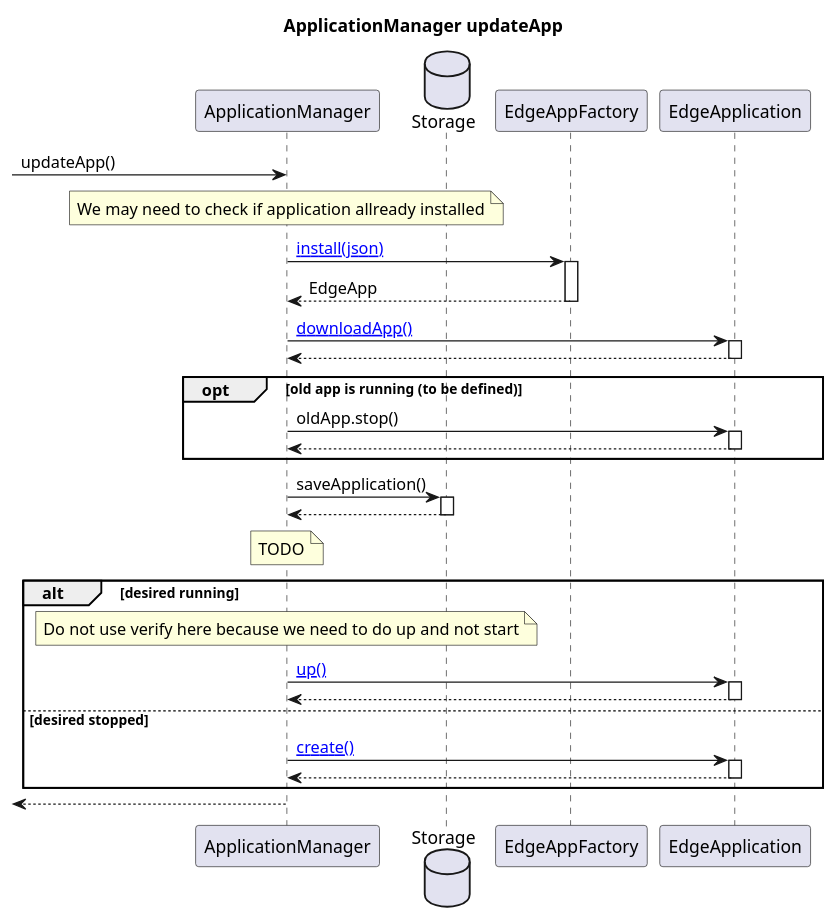
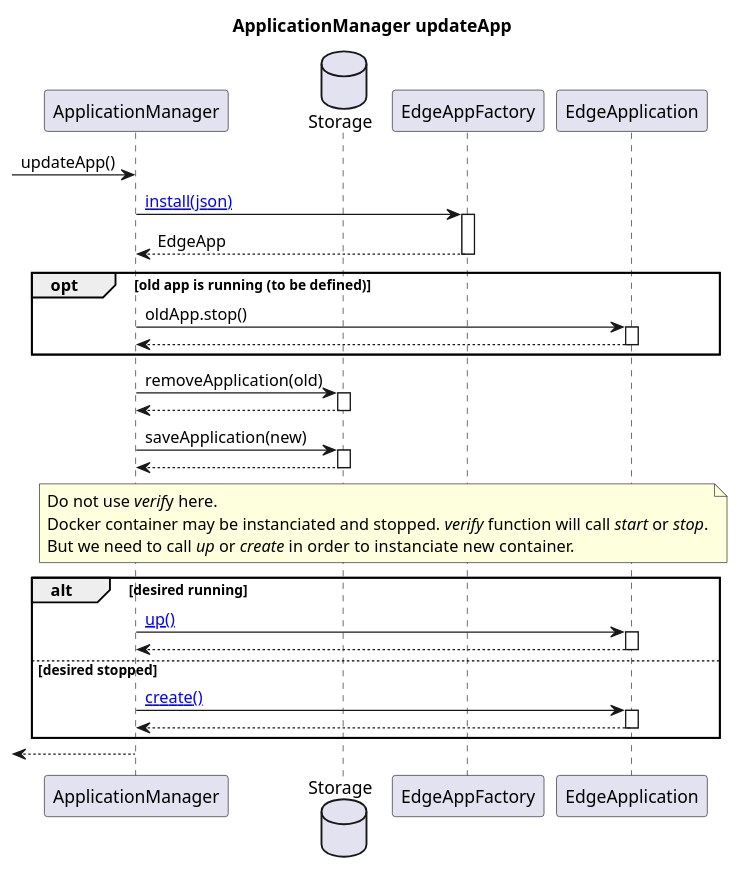
Before and after one commit to se-edge/framework-diagrams: the diagram in ApplicationManager/updateApp.puml, drawn with PlantUML. The commit also changed 7 other files, not shown here.

Commit message:
update boot sequence diagram

```diff
--- a/ApplicationManager/updateApp.puml
+++ b/ApplicationManager/updateApp.puml
@@ -1,41 +1,42 @@
 @startuml
 title "ApplicationManager updateApp"
 
 participant ApplicationManager as AM
 database Storage as Stor
 participant EdgeAppFactory as EAF
 participant EdgeApplication as EApp
 
 [->AM: updateApp()
 
-
-note over AM: We may need to check if application allready installed
 AM->EAF ++: [[http://www.plantuml.com/plantuml/proxy?cache=no&src=https://raw.githubusercontent.com/se-edge/diagrams/develop/ApplicationManager/EdgeAppFactory.install.puml&fmt=svg install(json)]]
 EAF-->AM --: EdgeApp
-
-AM->EApp ++: [[http://www.plantuml.com/plantuml/proxy?cache=no&src=https://raw.githubusercontent.com/se-edge/diagrams/develop/ApplicationManager/ComposeApplication.downloadApp.puml&fmt=svg downloadApp()]]
-EApp-->AM --:
 
 opt old app is running (to be defined)
     AM->EApp ++: oldApp.stop()
     EApp-->AM --:
 end
 
 
-AM->Stor ++: saveApplication()
+AM->Stor ++: removeApplication(old)
 Stor-->AM --:
 
-note over AM: TODO
+AM->Stor ++: saveApplication(new)
+Stor-->AM --:
 
+note over AM, EApp
+    Do not use //verif//y here.
+    Docker container may be instanciated and stopped. //verify// function will call //start// or //stop//.
+    But we need to call //up// or //create// in order to instanciate new container.
+end note
 alt desired running
-    note over AM: Do not use verify here because we need to do up and not start
+
     AM->EApp ++: [[http://www.plantuml.com/plantuml/proxy?cache=no&src=https://raw.githubusercontent.com/se-edge/diagrams/develop/ApplicationManager/ComposeApplication.up.puml&fmt=svg up()]]
     EApp-->AM --:
 else desired stopped
     AM->EApp ++: [[http://www.plantuml.com/plantuml/proxy?cache=no&src=https://raw.githubusercontent.com/se-edge/diagrams/develop/ApplicationManager/ComposeApplication.create.puml&fmt=svg create()]]
     EApp-->AM --:
 end
 
 
 AM-->[:
 @enduml
```
